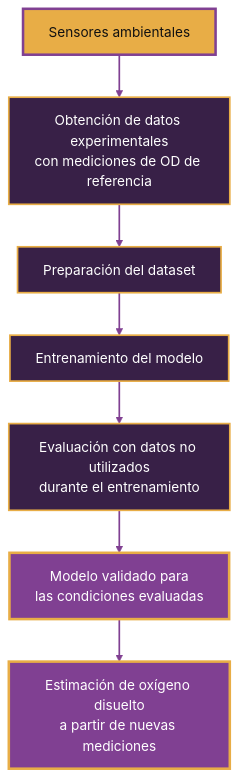
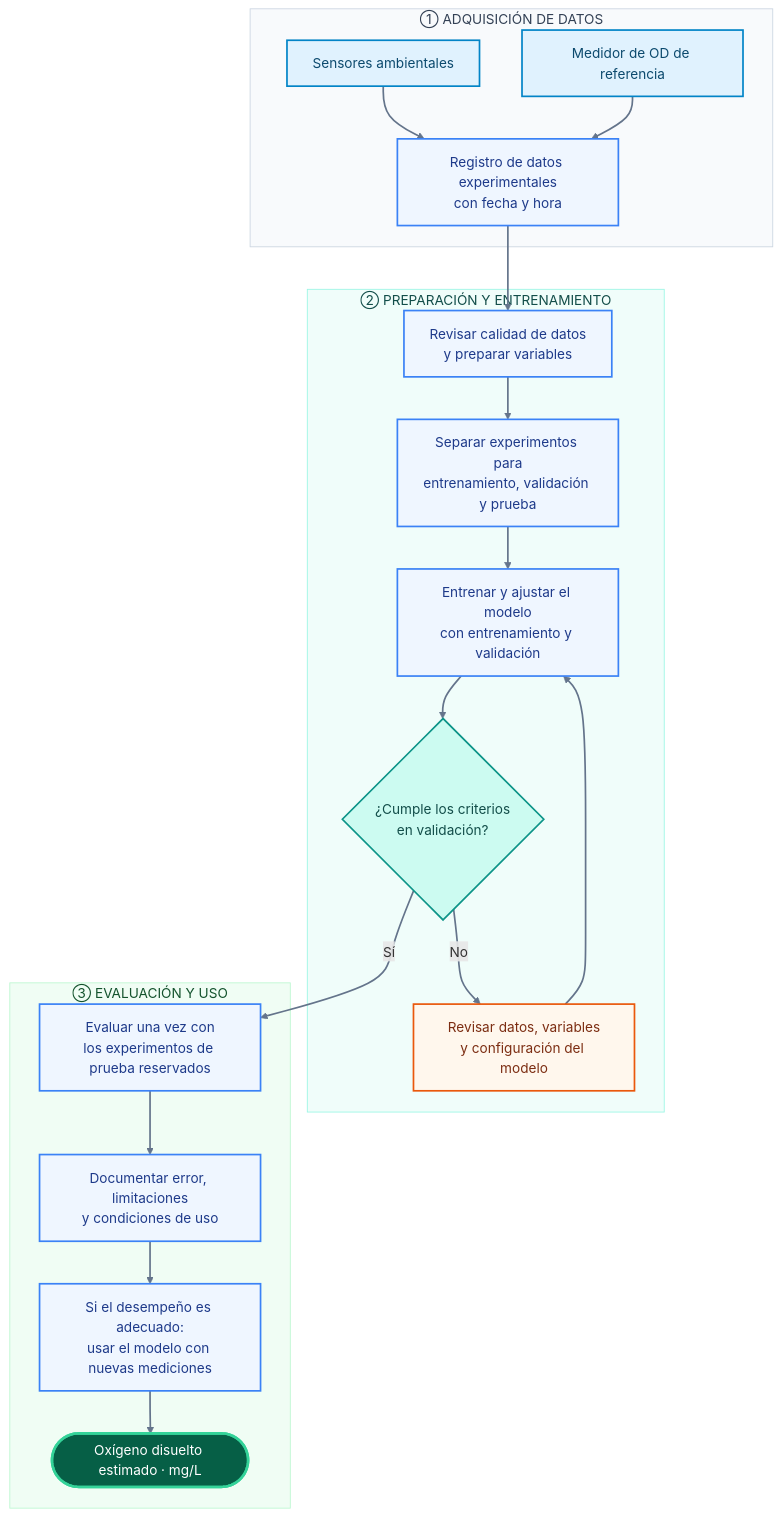
The diagram in README.md (Marco404-Dev/PI_Equipo_09), drawn with Mermaid before and after one commit.

````diff
--- a/README.md
+++ b/README.md
@@ -297,19 +297,41 @@
 ```mermaid
 flowchart TD
-    A["Sensores ambientales"] --> B["Obtención de datos experimentales<br/>con mediciones de OD de referencia"]
-    B --> C["Preparación del dataset"]
-    C --> D["Entrenamiento del modelo"]
-    D --> E["Evaluación con datos no utilizados<br/>durante el entrenamiento"]
-    E --> F["Modelo validado para<br/>las condiciones evaluadas"]
-    F --> G["Estimación de oxígeno disuelto<br/>a partir de nuevas mediciones"]
+    subgraph S1["① ADQUISICIÓN DE DATOS"]
+        A["Sensores ambientales"] --> C["Registro de datos experimentales<br/>con fecha y hora"]
+        B["Medidor de OD de referencia"] --> C
+    end
 
-    classDef entrada fill:#E8AD46,stroke:#804092,stroke-width:3px,color:#111;
-    classDef proceso fill:#382047,stroke:#E8AD46,stroke-width:2px,color:#fff;
-    classDef resultado fill:#804092,stroke:#E8AD46,stroke-width:3px,color:#fff;
+    subgraph S2["② PREPARACIÓN Y ENTRENAMIENTO"]
+        C --> D["Revisar calidad de datos<br/>y preparar variables"]
+        D --> E["Separar experimentos para<br/>entrenamiento, validación y prueba"]
+        E --> F["Entrenar y ajustar el modelo<br/>con entrenamiento y validación"]
+        F --> G{"¿Cumple los criterios<br/>en validación?"}
+        G -- "No" --> H["Revisar datos, variables<br/>y configuración del modelo"]
+        H --> F
+    end
 
-    class A entrada;
-    class B,C,D,E proceso;
-    class F,G resultado;
+    subgraph S3["③ EVALUACIÓN Y USO"]
+        G -- "Sí" --> I["Evaluar una vez con<br/>los experimentos de prueba reservados"]
+        I --> J["Documentar error, limitaciones<br/>y condiciones de uso"]
+        J --> K["Si el desempeño es adecuado:<br/>usar el modelo con nuevas mediciones"]
+        K --> L(["Oxígeno disuelto estimado · mg/L"])
+    end
 
-    linkStyle default stroke:#804092,stroke-width:2px;
+    classDef sensor fill:#E0F2FE,stroke:#0284C7,stroke-width:2px,color:#0C4A6E;
+    classDef proceso fill:#EFF6FF,stroke:#3B82F6,stroke-width:2px,color:#1E3A8A;
+    classDef decision fill:#CCFBF1,stroke:#0D9488,stroke-width:2px,color:#134E4A;
+    classDef revision fill:#FFF7ED,stroke:#EA580C,stroke-width:2px,color:#7C2D12;
+    classDef resultado fill:#065F46,stroke:#34D399,stroke-width:3px,color:#FFFFFF;
+
+    class A,B sensor;
+    class C,D,E,F,I,J,K proceso;
+    class G decision;
+    class H revision;
+    class L resultado;
+
+    style S1 fill:#F8FAFC,stroke:#CBD5E1,color:#334155
+    style S2 fill:#F0FDFA,stroke:#99F6E4,color:#134E4A
+    style S3 fill:#F0FDF4,stroke:#BBF7D0,color:#14532D
+
+    linkStyle default stroke:#64748B,stroke-width:2px;
 ```
````
